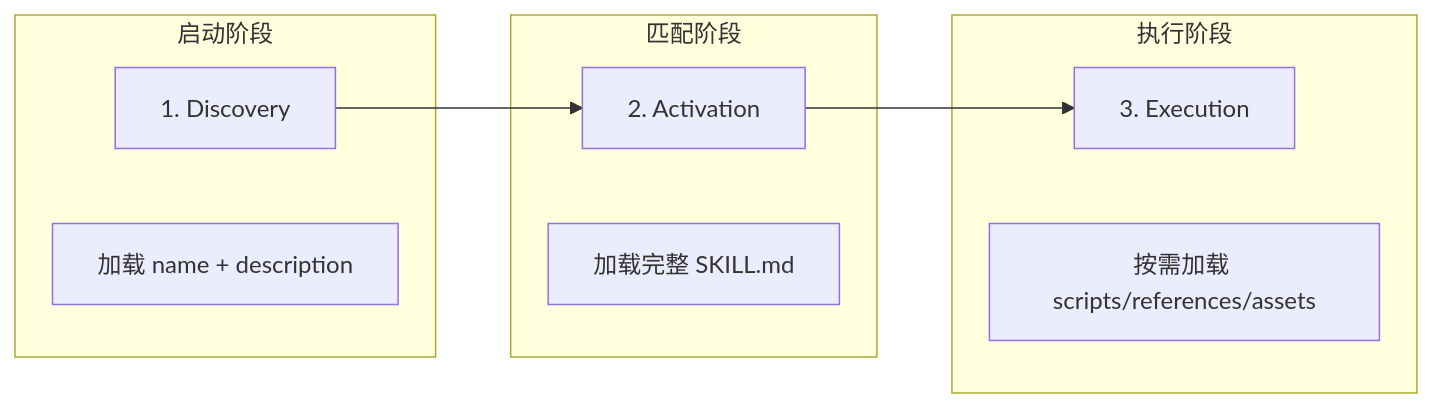
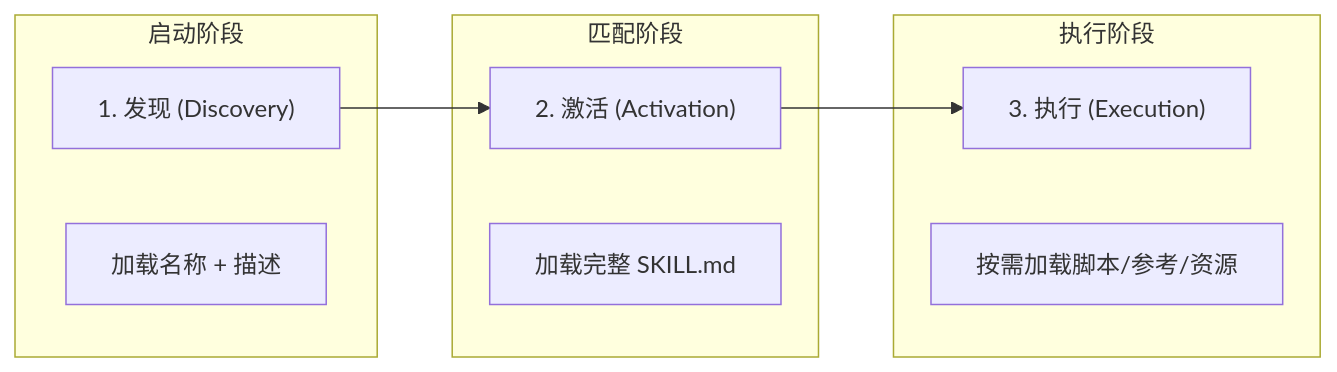
The diagram in 04_tools/4.4_skills.md (yeasy/agentic_ai_guide), drawn with Mermaid before and after one commit. The commit also changed other lines of this file and 75 other files, not shown here.

````diff
--- a/04_tools/4.4_skills.md
+++ b/04_tools/4.4_skills.md
@@ -24,19 +24,19 @@
 ```mermaid
 flowchart LR
-    a["1. Discovery"] --> b["2. Activation"] --> c["3. Execution"]
+    a["1. 发现 (Discovery)"] --> b["2. 激活 (Activation)"] --> c["3. 执行 (Execution)"]
     
     subgraph discovery ["启动阶段"]
         a
-        d["加载 name + description"]
+        d["加载名称 + 描述"]
     end
     
     subgraph activation ["匹配阶段"]
         b
         e["加载完整 SKILL.md"]
     end
     
     subgraph execution ["执行阶段"]
         c
-        f["按需加载 scripts/references/assets"]
+        f["按需加载脚本/参考/资源"]
     end
 ```
````
